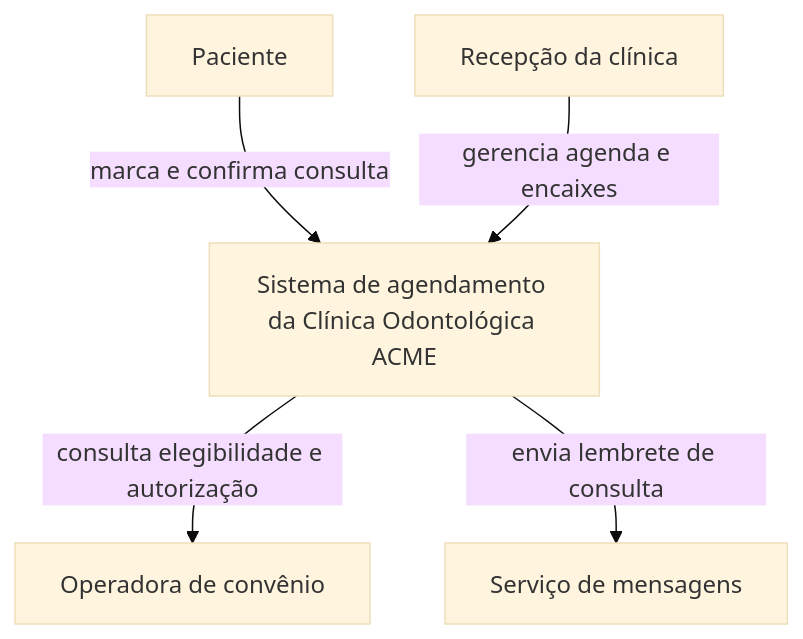
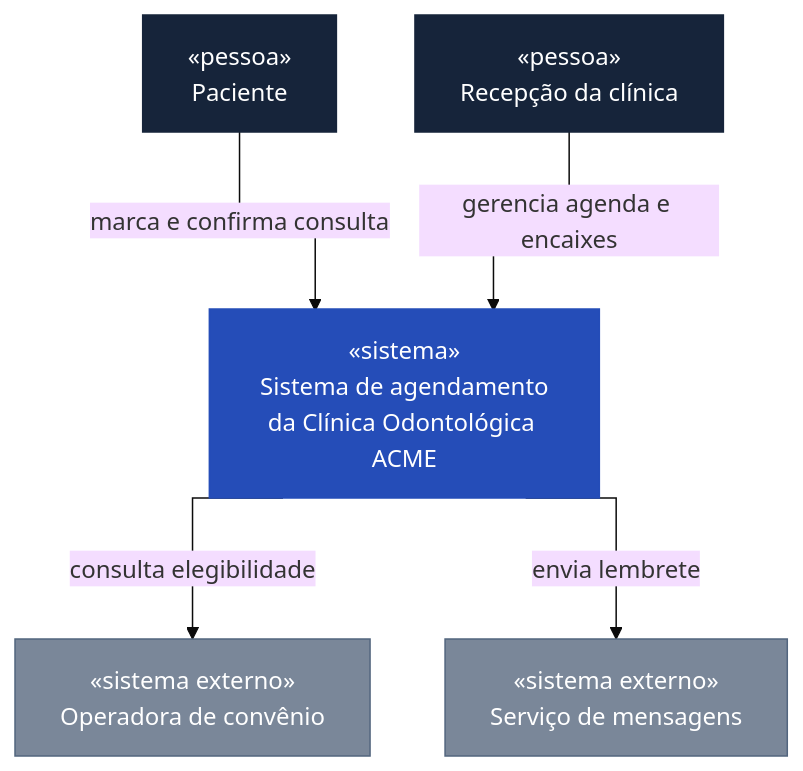
The fifth of 7 diagrams in docs/modulo-4-dominios-da-solucao/bloco-3-arquitetura-de-aplicacoes-e-integracao.md (aulas-marco/projeto-arquitetura-software), drawn with Mermaid (base theme) before and after one commit. The commit also changed other lines of this file and 36 other files, not shown here.

First line of the commit message:
docs(aula-4): arquitetura de dados com DMBOK e diagramas legiveis

````diff
--- a/docs/modulo-4-dominios-da-solucao/bloco-3-arquitetura-de-aplicacoes-e-integracao.md
+++ b/docs/modulo-4-dominios-da-solucao/bloco-3-arquitetura-de-aplicacoes-e-integracao.md
@@ -282,13 +284,21 @@
 ```mermaid
+%%{init: {"flowchart": {"curve": "stepAfter", "nodeSpacing": 50, "rankSpacing": 70}}}%%
 graph TD
-    PAC["Paciente"]
-    REC["Recepção da clínica"]
-    AGE["Sistema de agendamento da Clínica Odontológica ACME"]
-    CONV["Operadora de convênio"]
-    SMS["Serviço de mensagens"]
+    PAC["«pessoa»<br/>Paciente"]
+    REC["«pessoa»<br/>Recepção da clínica"]
+    AGE["«sistema»<br/>Sistema de agendamento<br/>da Clínica Odontológica ACME"]
+    CONV["«sistema externo»<br/>Operadora de convênio"]
+    SMS["«sistema externo»<br/>Serviço de mensagens"]
 
     PAC -->|"marca e confirma consulta"| AGE
     REC -->|"gerencia agenda e encaixes"| AGE
-    AGE -->|"consulta elegibilidade e autorização"| CONV
-    AGE -->|"envia lembrete de consulta"| SMS
+    AGE -->|"consulta elegibilidade"| CONV
+    AGE -->|"envia lembrete"| SMS
+    classDef pessoa fill:#16243A,stroke:#16243A,color:#ffffff
+    classDef sistema fill:#254DB8,stroke:#254DB8,color:#ffffff
+    classDef conteiner fill:#3A6FD8,stroke:#254DB8,color:#ffffff
+    classDef externo fill:#7A8799,stroke:#52657E,color:#ffffff
+    class PAC,REC pessoa
+    class AGE sistema
+    class CONV,SMS externo
 ```
````
